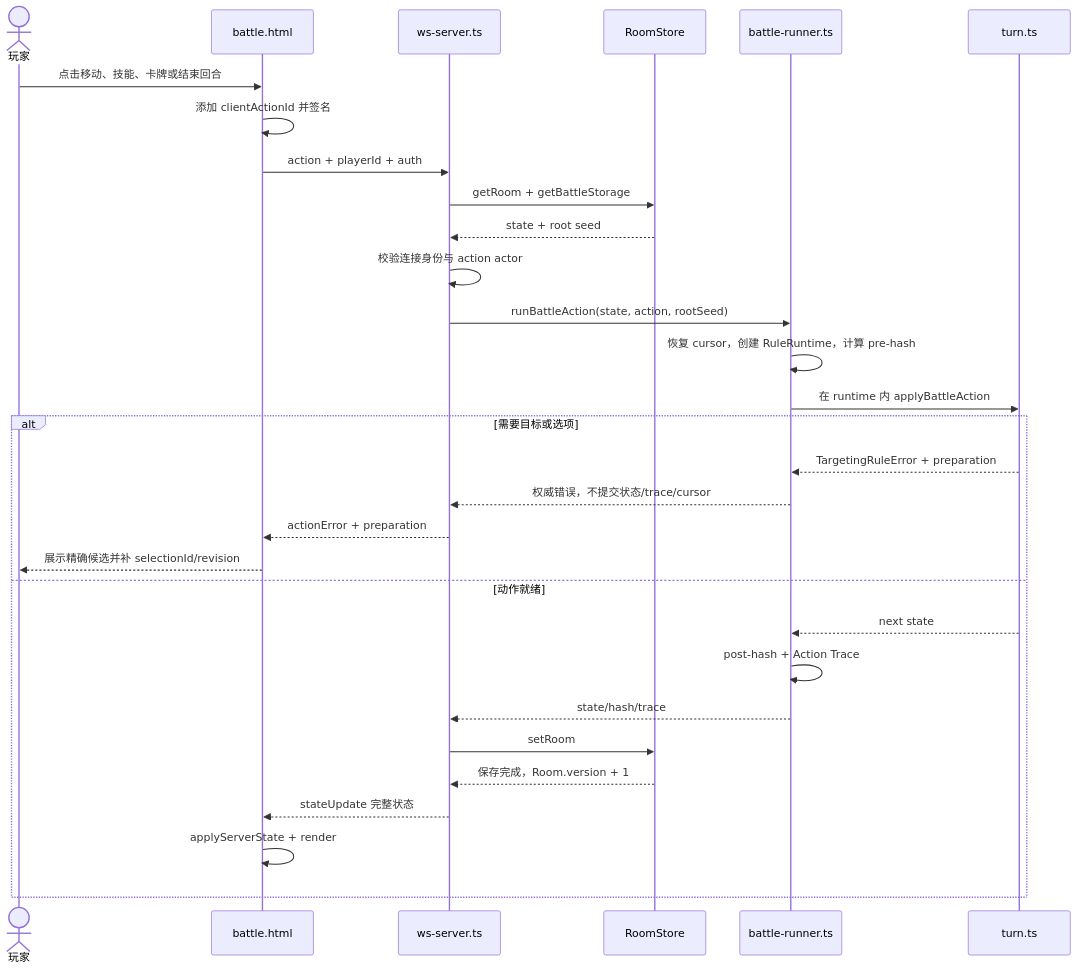
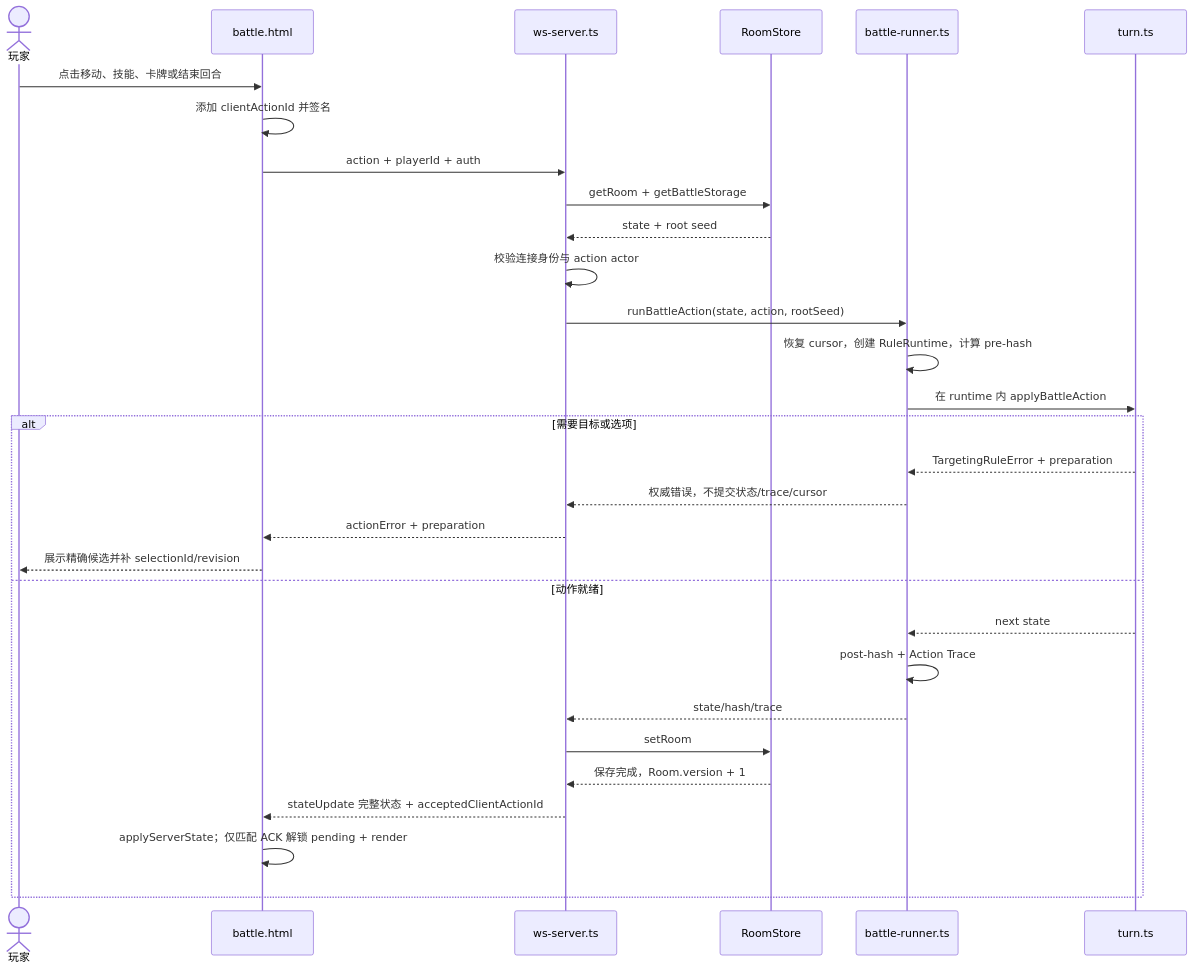
Before and after one commit to longaadream/Red_VS_Blue: the third of 5 diagrams in docs/technical/GAME_LOGIC_SYSTEM.md, drawn with Mermaid. The commit also changed other lines of this file and 13 other files, not shown here.

````diff
--- a/docs/technical/GAME_LOGIC_SYSTEM.md
+++ b/docs/technical/GAME_LOGIC_SYSTEM.md
@@ -376,33 +376,33 @@
 ```mermaid
 sequenceDiagram
   actor Player as 玩家
   participant UI as battle.html
   participant WS as ws-server.ts
   participant Store as RoomStore
   participant Runner as battle-runner.ts
   participant Reducer as turn.ts
 
   Player->>UI: 点击移动、技能、卡牌或结束回合
   UI->>UI: 添加 clientActionId 并签名
   UI->>WS: action + playerId + auth
   WS->>Store: getRoom + getBattleStorage
   Store-->>WS: state + root seed
   WS->>WS: 校验连接身份与 action actor
   WS->>Runner: runBattleAction(state, action, rootSeed)
   Runner->>Runner: 恢复 cursor，创建 RuleRuntime，计算 pre-hash
   Runner->>Reducer: 在 runtime 内 applyBattleAction
   alt 需要目标或选项
     Reducer-->>Runner: TargetingRuleError + preparation
     Runner-->>WS: 权威错误，不提交状态/trace/cursor
     WS-->>UI: actionError + preparation
     UI-->>Player: 展示精确候选并补 selectionId/revision
   else 动作就绪
     Reducer-->>Runner: next state
     Runner->>Runner: post-hash + Action Trace
     Runner-->>WS: state/hash/trace
     WS->>Store: setRoom
     Store-->>WS: 保存完成，Room.version + 1
-    WS-->>UI: stateUpdate 完整状态
-    UI->>UI: applyServerState + render
+    WS-->>UI: stateUpdate 完整状态 + acceptedClientActionId
+    UI->>UI: applyServerState；仅匹配 ACK 解锁 pending + render
   end
 ```
````
